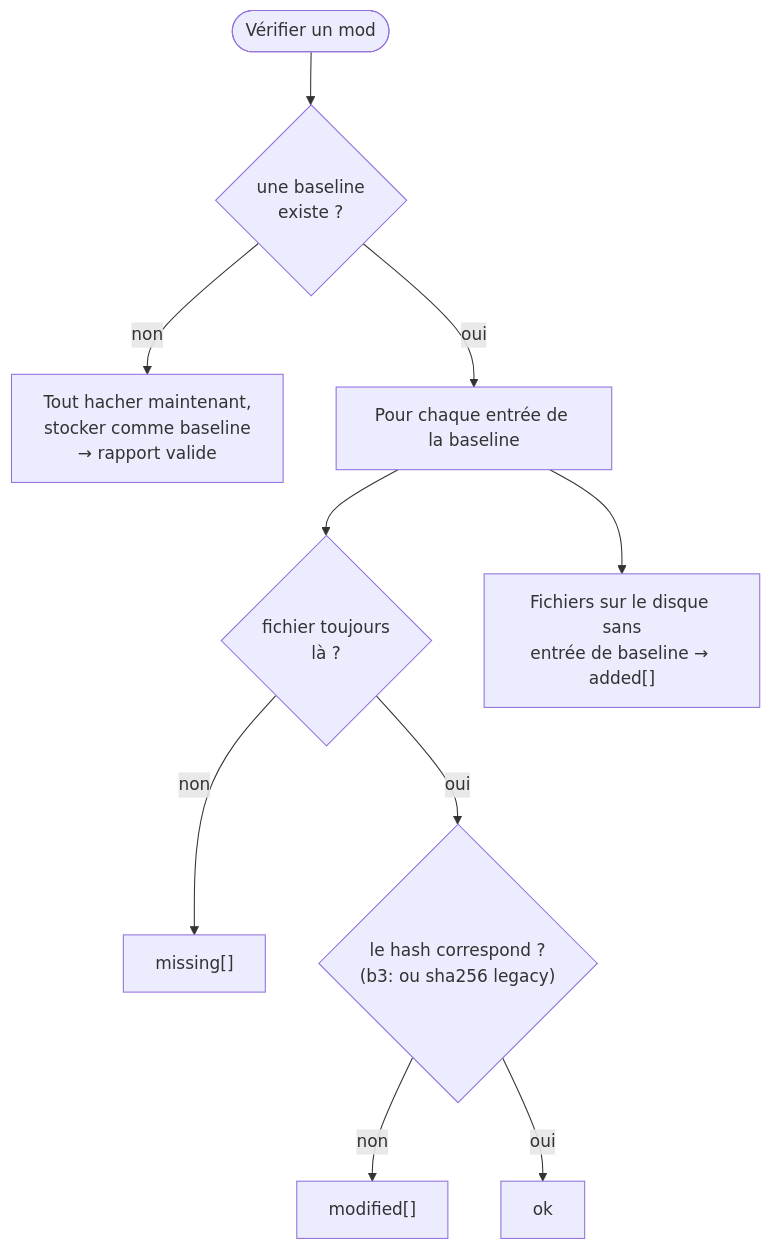
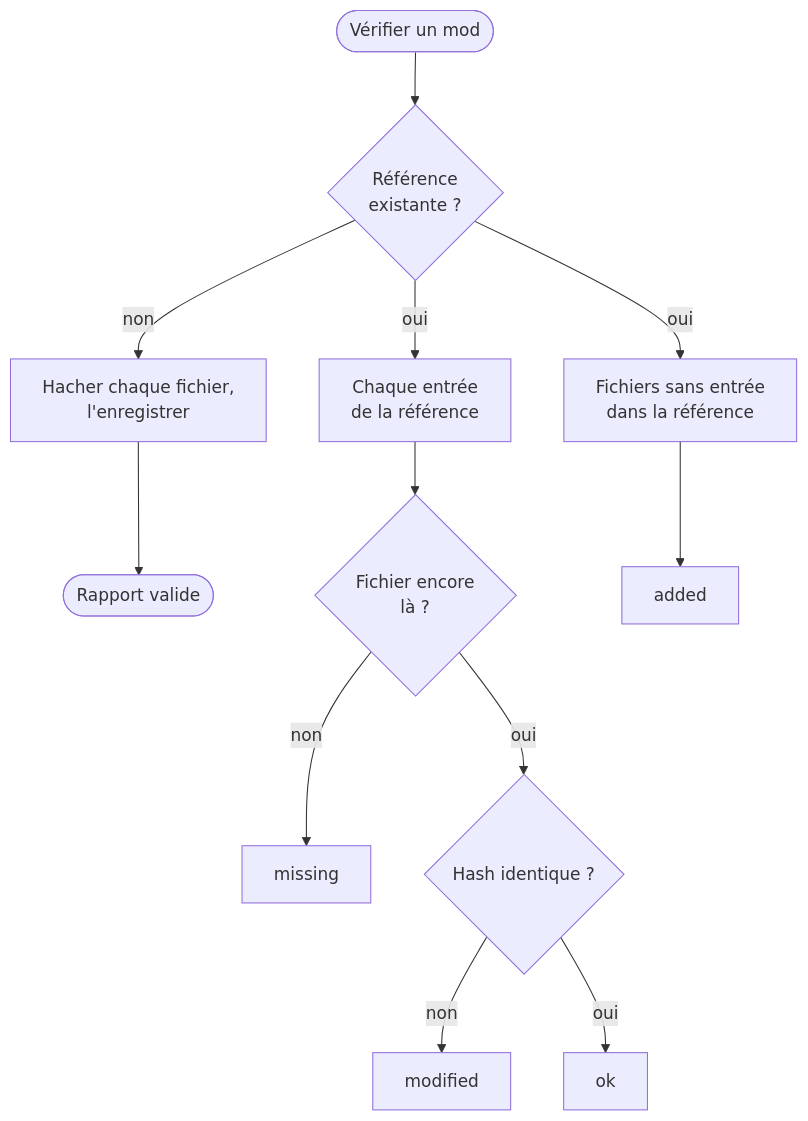
Before and after one commit to FreeProject089/BetterModsManager: the first of 2 diagrams in frontend/assets/docs/fr/how-it-works/integrity-hashing.md, drawn with Mermaid. The commit also changed other lines of this file and 176 other files, not shown here.

````diff
--- a/frontend/assets/docs/fr/how-it-works/integrity-hashing.md
+++ b/frontend/assets/docs/fr/how-it-works/integrity-hashing.md
@@ -82,12 +82,14 @@
 ```mermaid
-flowchart TB
-    START([Vérifier un mod]) --> BASE{"une baseline<br/>existe ?"}
-    BASE -- non --> INIT["Tout hacher maintenant,<br/>stocker comme baseline<br/>→ rapport valide"]
-    BASE -- oui --> WALK["Pour chaque entrée de la baseline"]
-    WALK --> EX{"fichier toujours<br/>là ?"}
-    EX -- non --> MISS["missing[]"]
-    EX -- oui --> CMP{"le hash correspond ?<br/>(b3: ou sha256 legacy)"}
-    CMP -- non --> MOD["modified[]"]
+flowchart TD
+    START([Vérifier un mod]) --> BASE{"Référence<br/>existante ?"}
+    BASE -- non --> INIT["Hacher chaque fichier,<br/>l'enregistrer"]
+    INIT --> VALID([Rapport valide])
+    BASE -- oui --> WALK["Chaque entrée<br/>de la référence"]
+    WALK --> EX{"Fichier encore<br/>là ?"}
+    EX -- non --> MISS["missing"]
+    EX -- oui --> CMP{"Hash identique ?"}
+    CMP -- non --> MOD["modified"]
     CMP -- oui --> OK["ok"]
-    WALK --> NEW["Fichiers sur le disque sans<br/>entrée de baseline → added[]"]
+    BASE -- oui --> DISK["Fichiers sans entrée<br/>dans la référence"]
+    DISK --> ADD["added"]
 ```
````
